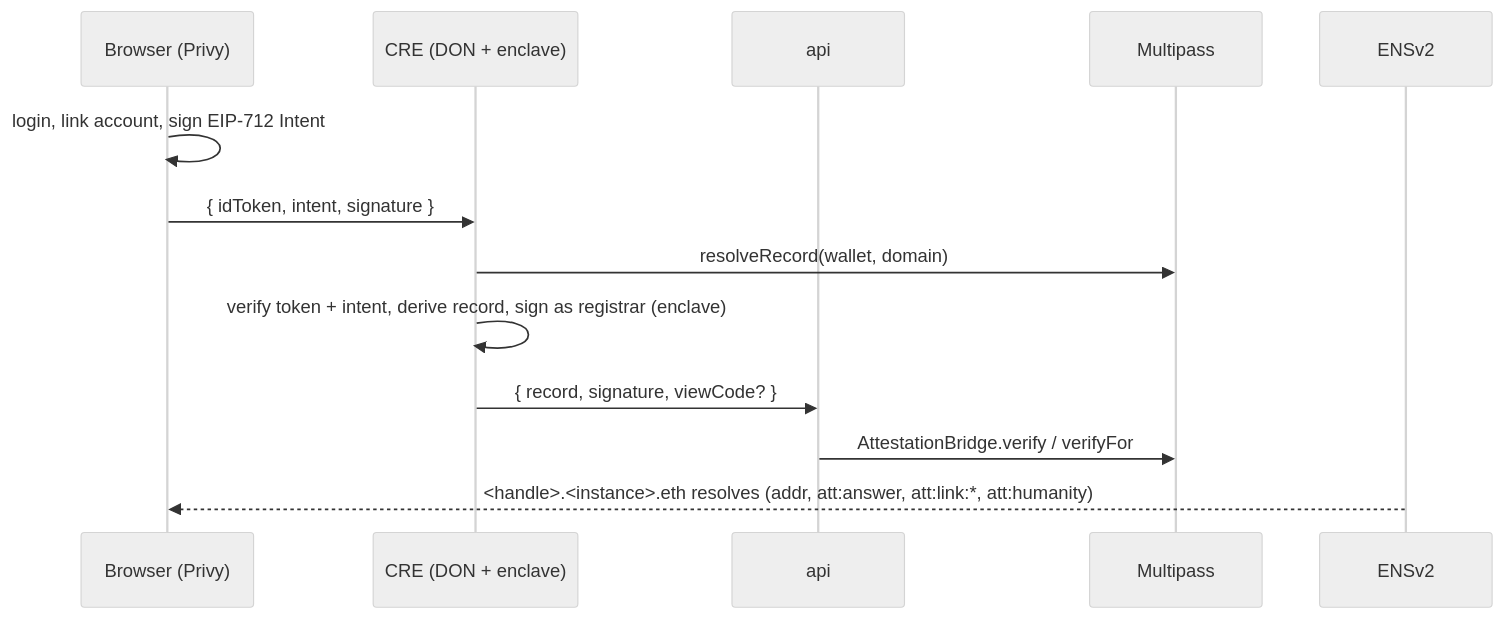
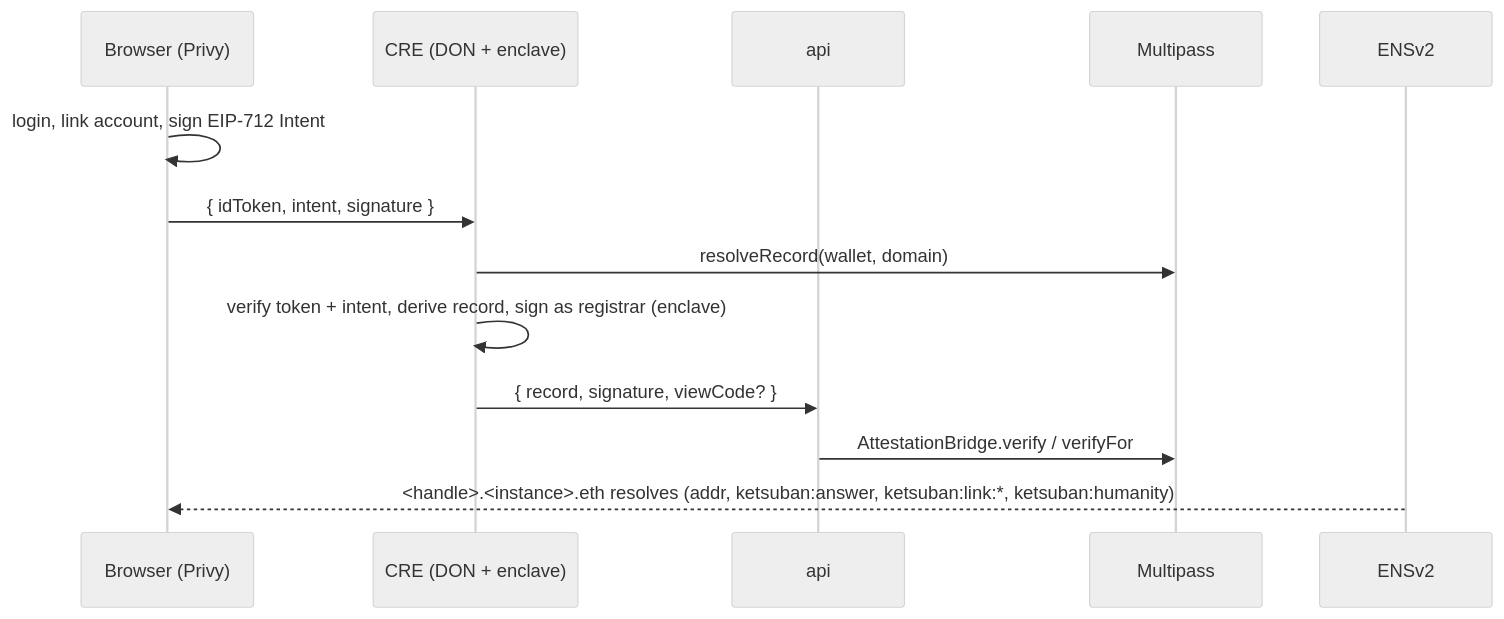
One commit to lamtrinh259/ETHGlobal_Online_2026 changed the diagram in README.md. Above: the diagram before and after it, drawn with Mermaid (neutral theme). The commit also changed other lines of this file and 33 other files, not shown here.

````diff
--- a/README.md
+++ b/README.md
@@ -21,15 +21,15 @@
 ```mermaid
 sequenceDiagram
   participant B as Browser (Privy)
   participant C as CRE (DON + enclave)
   participant A as api
   participant M as Multipass
   participant E as ENSv2
   B->>B: login, link account, sign EIP-712 Intent
   B->>C: { idToken, intent, signature }
   C->>M: resolveRecord(wallet, domain)
   C->>C: verify token + intent, derive record, sign as registrar (enclave)
   C->>A: { record, signature, viewCode? }
   A->>M: AttestationBridge.verify / verifyFor
-  E-->>B: <handle>.<instance>.eth resolves (addr, att:answer, att:link:*, att:humanity)
+  E-->>B: <handle>.<instance>.eth resolves (addr, ketsuban:answer, ketsuban:link:*, ketsuban:humanity)
 ```
````
